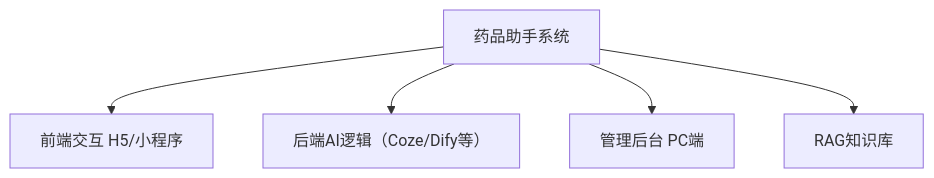
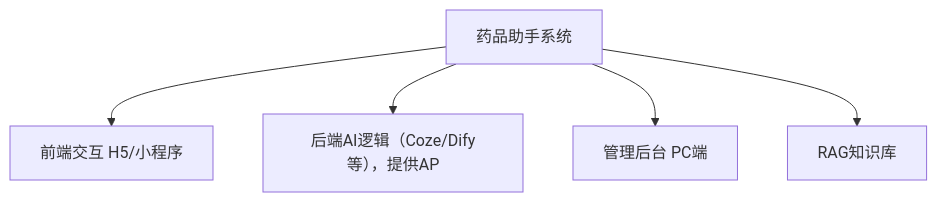
Before and after one commit to funnyData/iodraw-files: the diagram in all/未命名.md, drawn with Mermaid.

Commit message:
2025-02-21 14:07:15 update

````diff
--- a/all/未命名.md
+++ b/all/未命名.md
@@ -1,7 +1,7 @@
 ```mermaid
 graph TD
     A[药品助手系统] --> B[前端交互 H5/小程序]
-    A --> C[后端AI逻辑（Coze/Dify等）]
+    A --> C[后端AI逻辑（Coze/Dify等），提供AP]
     A --> D[管理后台 PC端]
     A --> E[RAG知识库]
 ```
````
